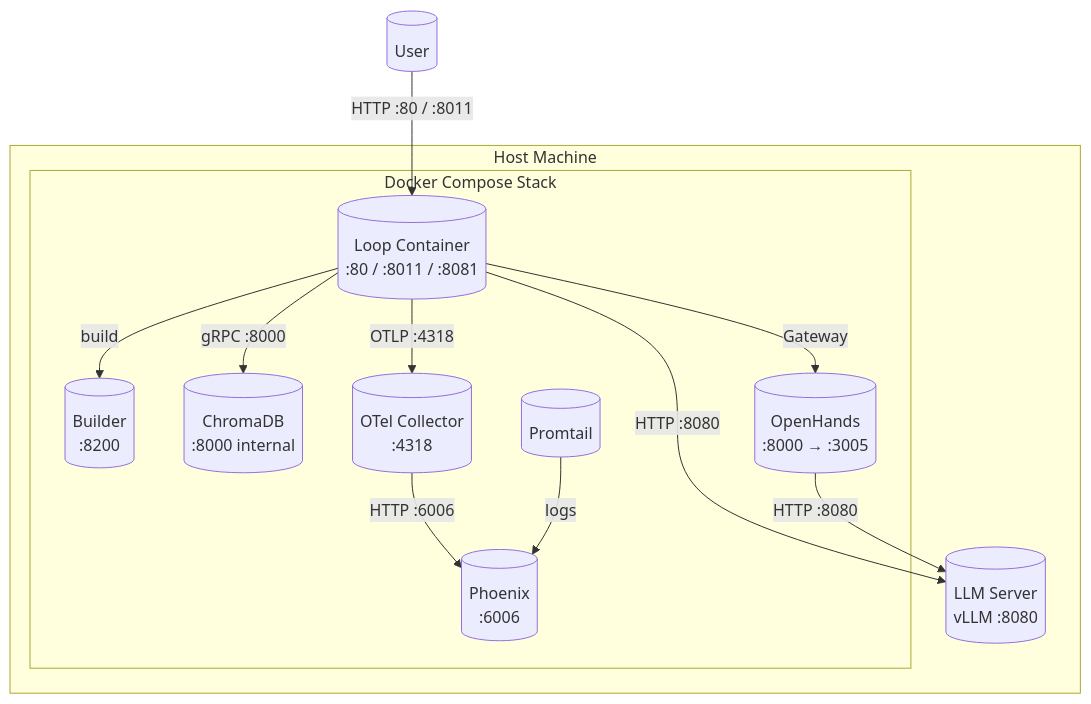
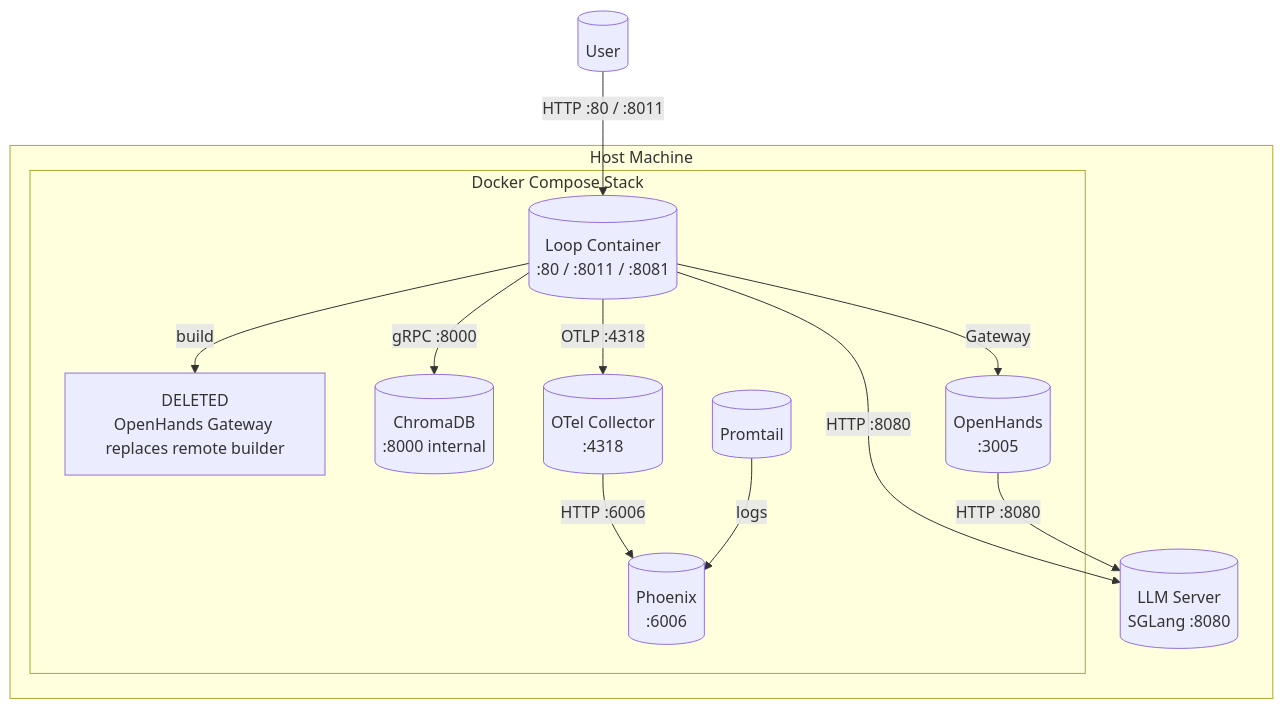
One commit to terrygzhou/loop_engineering_factory changed the fourth of 4 diagrams in README.md. Above: the diagram before and after it, drawn with Mermaid. The commit also changed other lines of this file, not shown here.

````diff
--- a/README.md
+++ b/README.md
@@ -177,28 +168,28 @@
 ```mermaid
 graph TB
     U[("User")]
 
     subgraph Host["Host Machine"]
-        LLM_C[("LLM Server<br/>vLLM :8080")]
+        LLM_C[("LLM Server<br/>SGLang :8080")]
 
         subgraph DockerStack["Docker Compose Stack"]
             LC[("Loop Container<br/>:80 / :8011 / :8081")]
-            BLD[("Builder<br/>:8200")]
+            BLD["DELETED<br/>OpenHands Gateway replaces remote builder"]
             CC[("ChromaDB<br/>:8000 internal")]
             OC[("OTel Collector<br/>:4318")]
             PH[("Phoenix<br/>:6006")]
-            OH[("OpenHands<br/>:8000 → :3005")]
+            OH[("OpenHands<br/>:3005")]
             PT[("Promtail")]
         end
     end
 
     U -->|"HTTP :80 / :8011"| LC
     LC -->|"gRPC :8000"| CC
     LC -->|"OTLP :4318"| OC
     LC -->|"HTTP :8080"| LLM_C
     LC -->|"Gateway"| OH
     LC -->|"build"| BLD
     OH -->|"HTTP :8080"| LLM_C
     OC -->|"HTTP :6006"| PH
     PT -->|"logs"| PH
 ```
````
